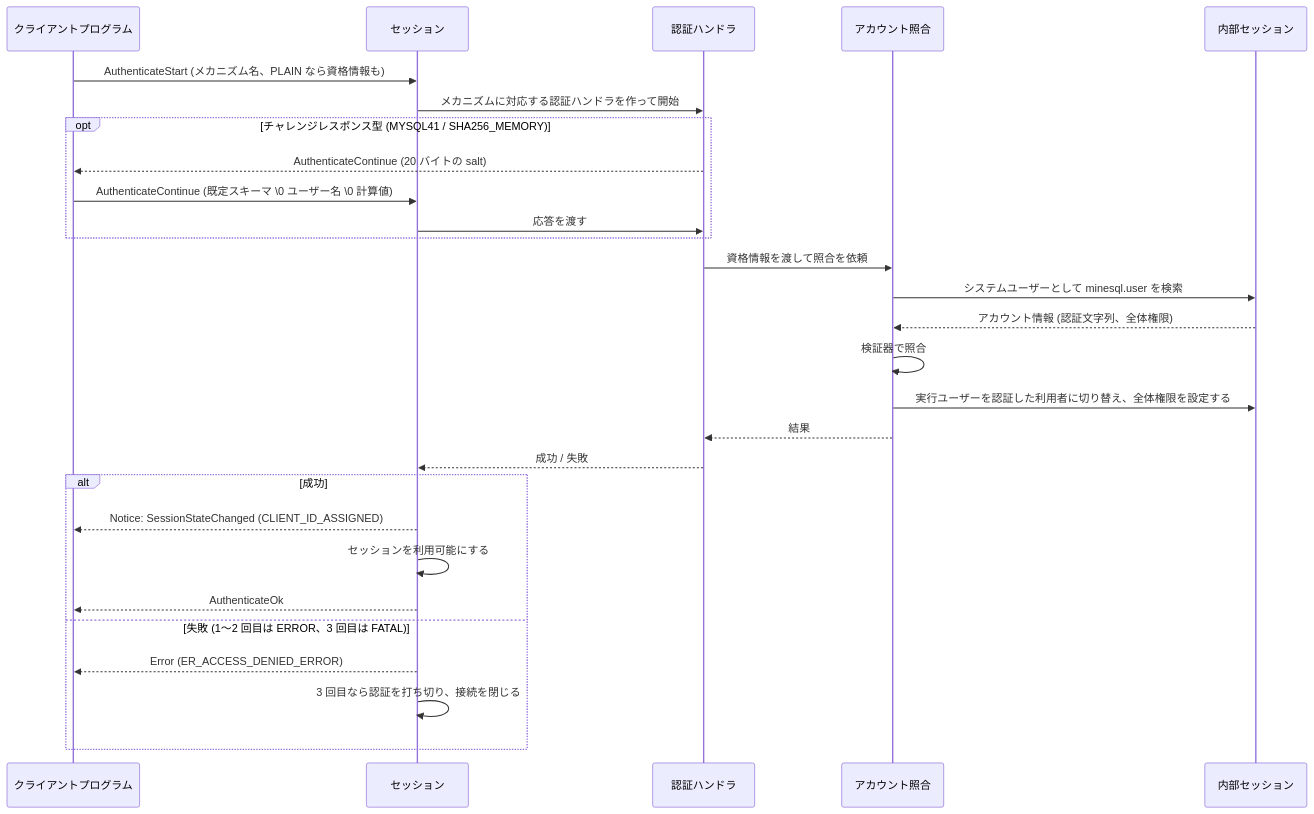
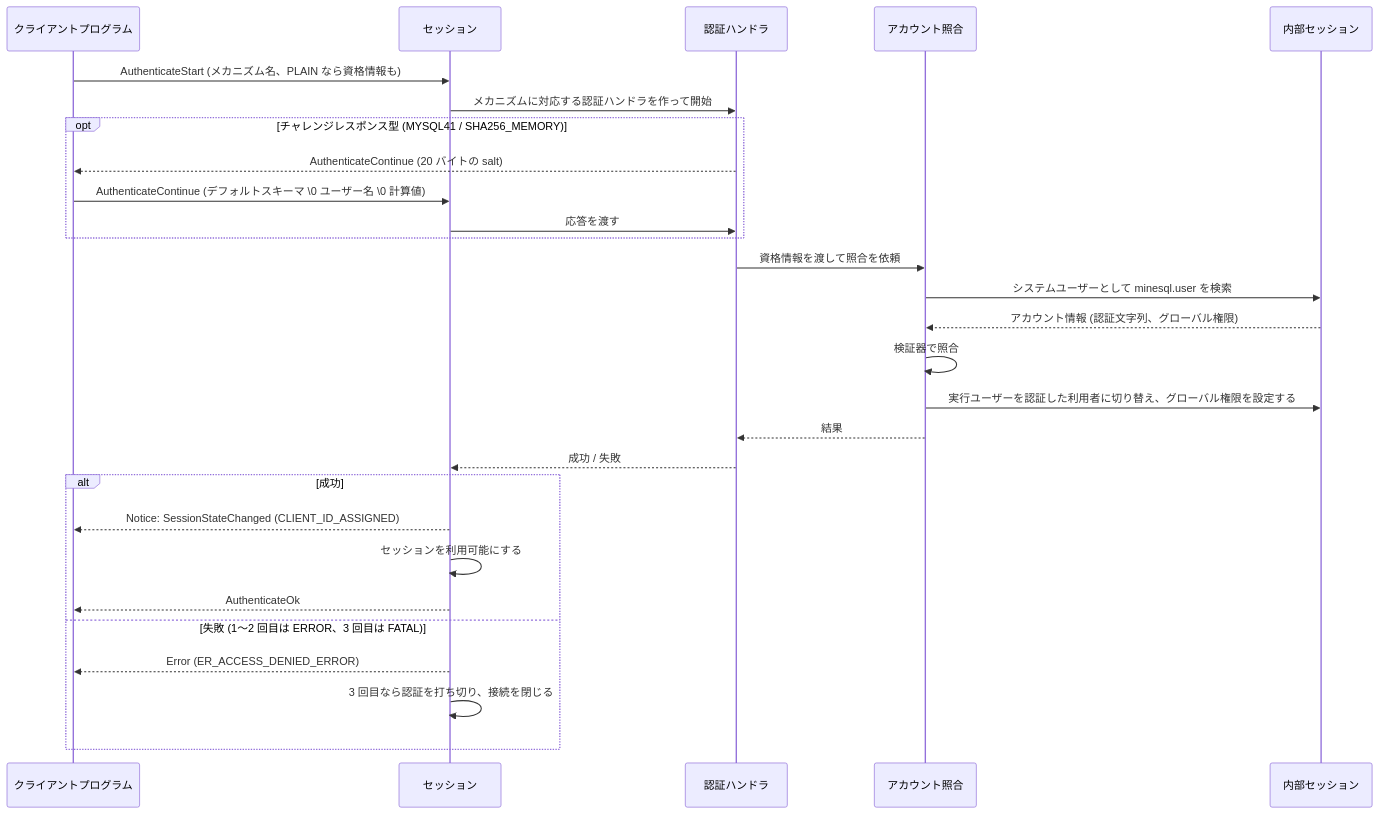
One commit to ren-yamanashi/minesql changed the second of 2 diagrams in docs/specification/connection/authentication.md. Above: the diagram before and after it, drawn with Mermaid. The commit also changed other lines of this file and 9 other files, not shown here.

````diff
--- a/docs/specification/connection/authentication.md
+++ b/docs/specification/connection/authentication.md
@@ -78,30 +79,30 @@
 ```mermaid
 sequenceDiagram
     participant C as クライアントプログラム
     participant S as セッション
     participant A as 認証ハンドラ
     participant V as アカウント照合
     participant I as 内部セッション
     C->>S: AuthenticateStart (メカニズム名、PLAIN なら資格情報も)
     S->>A: メカニズムに対応する認証ハンドラを作って開始
     opt チャレンジレスポンス型 (MYSQL41 / SHA256_MEMORY)
         A-->>C: AuthenticateContinue (20 バイトの salt)
-        C->>S: AuthenticateContinue (既定スキーマ \0 ユーザー名 \0 計算値)
+        C->>S: AuthenticateContinue (デフォルトスキーマ \0 ユーザー名 \0 計算値)
         S->>A: 応答を渡す
     end
     A->>V: 資格情報を渡して照合を依頼
     V->>I: システムユーザーとして minesql.user を検索
-    I-->>V: アカウント情報 (認証文字列、全体権限)
+    I-->>V: アカウント情報 (認証文字列、グローバル権限)
     V->>V: 検証器で照合
-    V->>I: 実行ユーザーを認証した利用者に切り替え、全体権限を設定する
+    V->>I: 実行ユーザーを認証した利用者に切り替え、グローバル権限を設定する
     V-->>A: 結果
     A-->>S: 成功 / 失敗
     alt 成功
         S-->>C: Notice: SessionStateChanged (CLIENT_ID_ASSIGNED)
         S->>S: セッションを利用可能にする
         S-->>C: AuthenticateOk
     else 失敗 (1〜2 回目は ERROR、3 回目は FATAL)
         S-->>C: Error (ER_ACCESS_DENIED_ERROR)
         S->>S: 3 回目なら認証を打ち切り、接続を閉じる
     end
 ```
````
